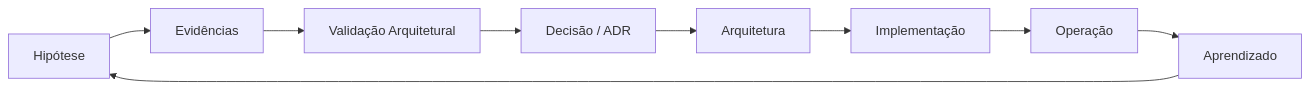
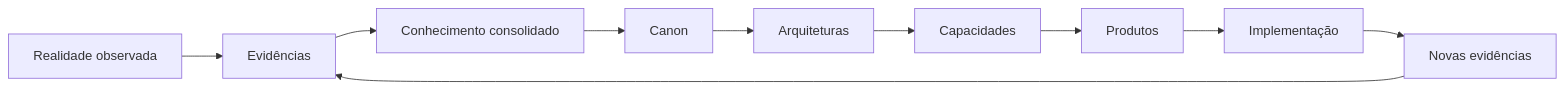
The third of 3 diagrams in docs/enterprise-architecture/index.md (guivos-repositorio/Guivos-Knowledge-Repository), drawn with Mermaid before and after one commit. The commit also changed other lines of this file, not shown here.

Commit message:
docs(gea): recognize Guivos Knowledge Architecture

````diff
--- a/docs/enterprise-architecture/index.md
+++ b/docs/enterprise-architecture/index.md
@@ -179,11 +189,12 @@
 ```mermaid
 graph LR
-    H[Hipótese] --> E[Evidências]
-    E --> V[Validação Arquitetural]
-    V --> D[Decisão / ADR]
-    D --> A[Arquitetura]
-    A --> I[Implementação]
-    I --> O[Operação]
-    O --> L[Aprendizado]
-    L --> H
+    R[Realidade observada] --> E[Evidências]
+    E --> K[Conhecimento consolidado]
+    K --> C[Canon]
+    C --> A[Arquiteturas]
+    A --> CAP[Capacidades]
+    CAP --> P[Produtos]
+    P --> I[Implementação]
+    I --> NE[Novas evidências]
+    NE --> E
 ```
````
